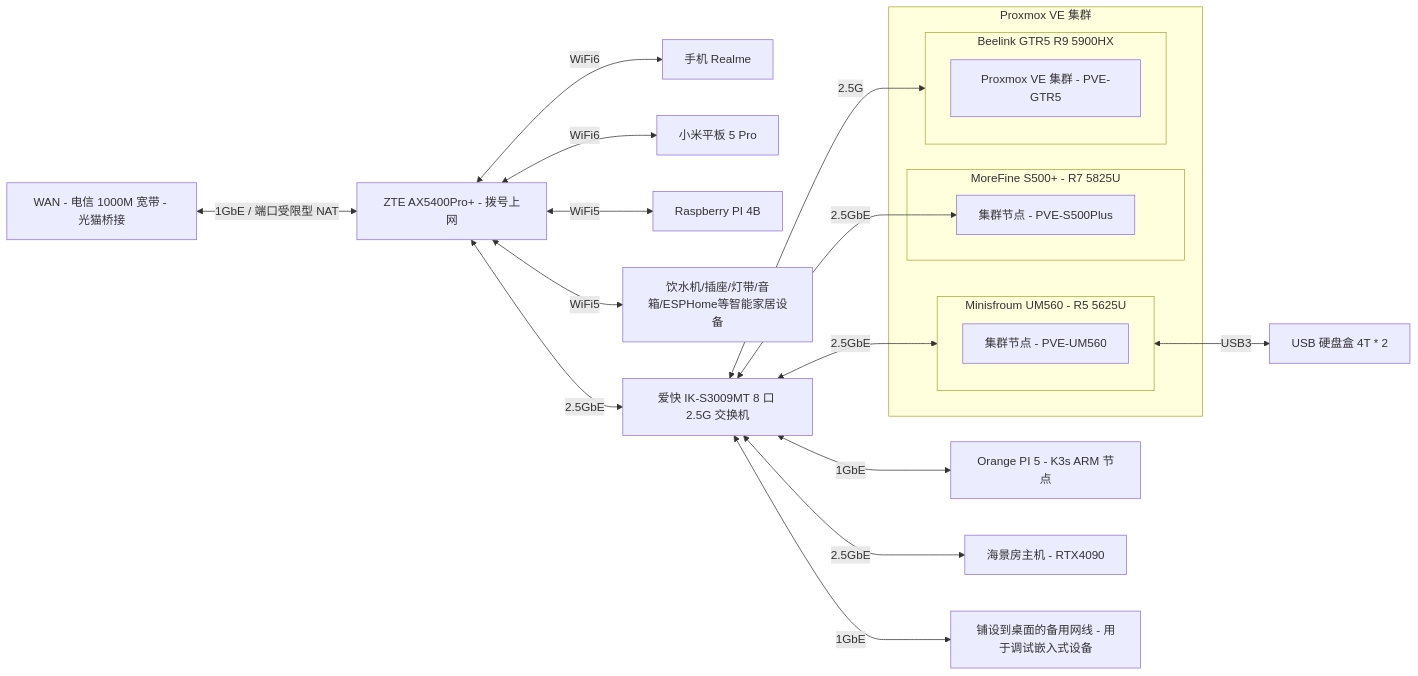
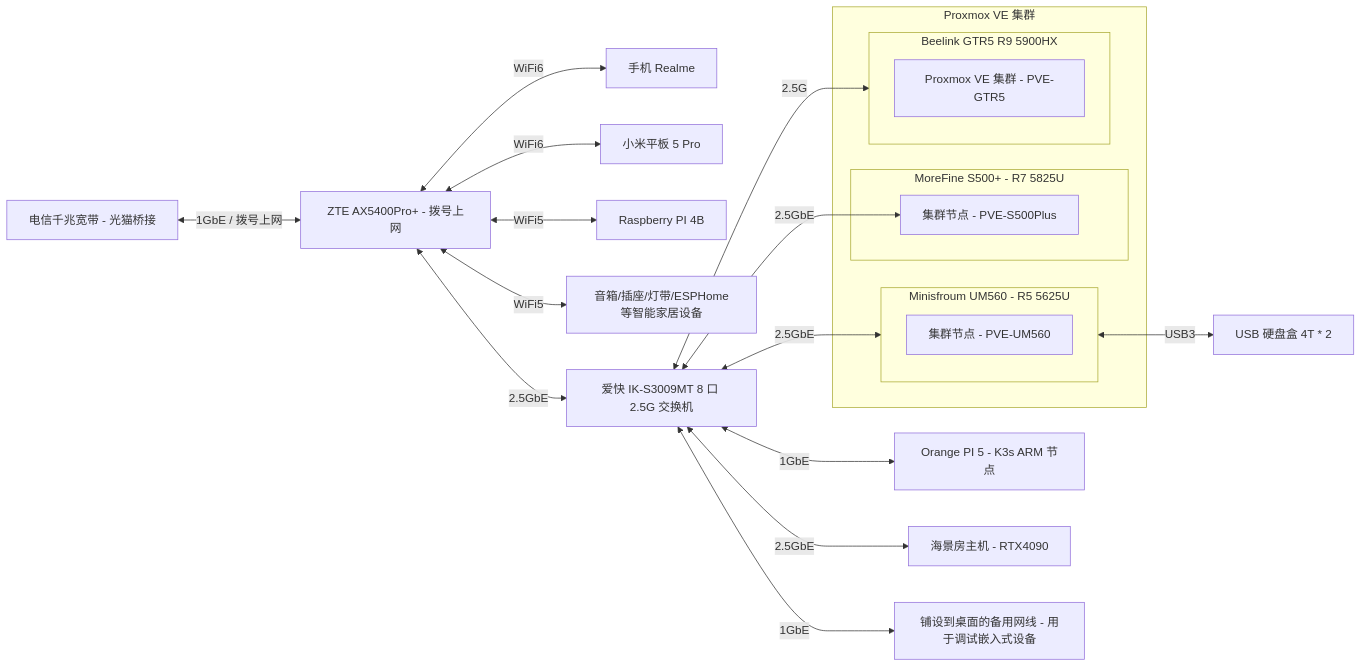
The diagram in homelab/README.md (ryan4yin/knowledge), drawn with Mermaid before and after one commit.

Commit message:
feat: /homelab

````diff
--- a/homelab/README.md
+++ b/homelab/README.md
@@ -25,37 +25,37 @@
 ```mermaid
 graph LR
-  WAN[WAN - 电信 1000M 宽带 - 光猫桥接]
+  WAN[电信千兆宽带 - 光猫桥接]
   edge_router[ZTE AX5400Pro+ - 拨号上网]
-  WAN <-- 1GbE / 端口受限型 NAT --> edge_router
+  WAN <-- 1GbE / 拨号上网 --> edge_router
   
   edge_router <-- WiFi6 --> android1[手机 Realme ]
   edge_router <-- WiFi6 --> android_pad1[小米平板 5 Pro]
 	edge_router <-- WiFi5 --> raspberrypi[Raspberry PI 4B]
-	edge_router <-- WiFi5 --> SmartHomeDevices[饮水机/插座/灯带/音箱/ESPHome等智能家居设备]
+	edge_router <-- WiFi5 --> SmartHomeDevices[音箱/插座/灯带/ESPHome等智能家居设备]
 
   edge_router <-- 2.5GbE --> switch[爱快 IK-S3009MT 8 口 2.5G 交换机]
   
   switch <-- 2.5GbE --> UM560
 	switch <-- 2.5GbE --> PVE-S500Plus
 	switch <-- 2.5G --> GTR5
 
   subgraph PVE-Cluster[Proxmox VE  集群]
     subgraph UM560[Minisfroum UM560 - R5 5625U]
       PVE-UM560[集群节点 - PVE-UM560]
     end
 
     subgraph S500Plus[MoreFine S500+ - R7 5825U]
       PVE-S500Plus[集群节点 - PVE-S500Plus]
     end
 
     subgraph GTR5[Beelink GTR5 R9 5900HX]
       PVE-GTR5[Proxmox VE 集群 - PVE-GTR5]
     end
   end
   UM560 <-- USB3 --> USB-Storage1[USB 硬盘盒 4T * 2]
 
 	switch <-- 1GbE --> orangepi5[Orange PI 5 - K3s ARM 节点]
   switch <-- 2.5GbE --> RTX4090[海景房主机 - RTX4090]
 	switch <-- 1GbE --> backup[铺设到桌面的备用网线 - 用于调试嵌入式设备]
 
 ```
````
